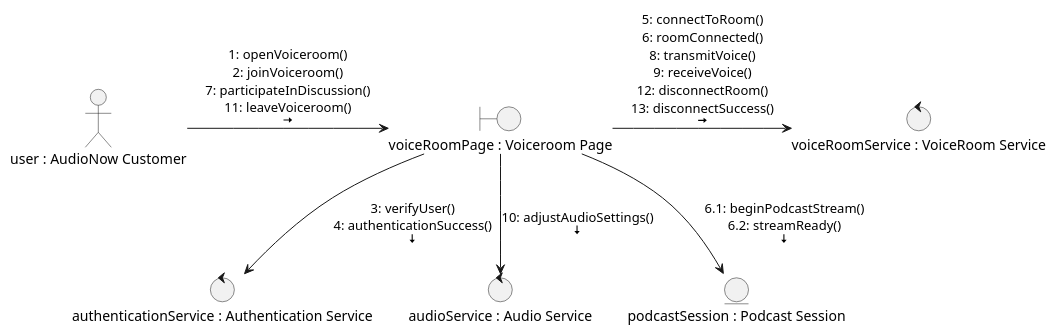
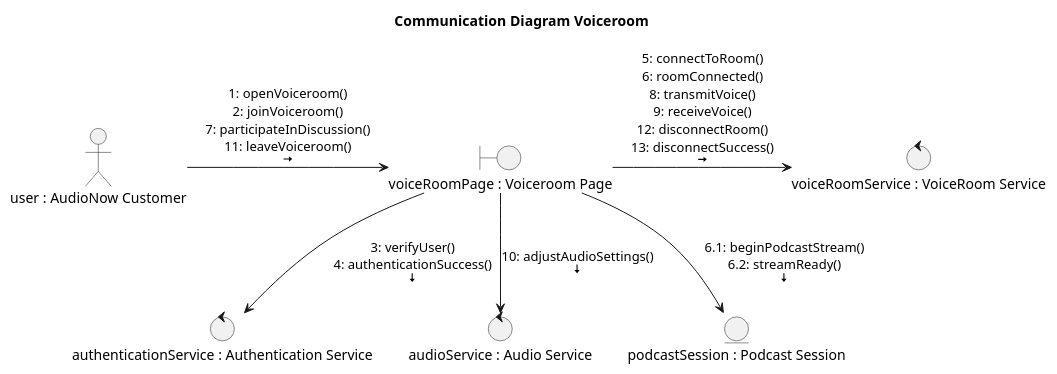
The diagram in VoiceRoom/collaboration.puml (Dorfultariant/semm-diagrams), drawn with PlantUML before and after one commit. The commit also changed 17 other files, not shown here.

Commit message:
Updated the purchase and voiceroom use-case diagrams with titles.

```diff
--- a/VoiceRoom/collaboration.puml
+++ b/VoiceRoom/collaboration.puml
@@ -1,25 +1,27 @@
-@startuml CollaborationVoiceRoom
+@startuml CommunicationVoiceRoom
+
+title Communication Diagram Voiceroom
 
 '' Last example at the bottom of the forum, src: https://forum.plantuml.net/7500/how-can-i-create-collaboration-diagram
 
 '' each of the: entity, boundary, control are the objects
 '' The lines between the objects represent numbered messages
 '' The <&arrrow-....> are just symbols to indicate directional linking
 
 actor User as "user : AudioNow Customer"
 boundary VoiceRoomPage as "voiceRoomPage : Voiceroom Page"
 control AuthenticationService as "authenticationService : Authentication Service"
 control VoiceRoomService as "voiceRoomService : VoiceRoom Service"
 control AudioService as "audioService : Audio Service"
 entity PodcastSession as "podcastSession : Podcast Session"
 
 '' Trust the process, and dont look at it or it will crumble
 User -> (VoiceRoomPage) : "1: openVoiceroom()\n2: joinVoiceroom()\n7: participateInDiscussion()\n11: leaveVoiceroom()\n<&arrow-right>"
 (VoiceRoomPage) -down-> (AuthenticationService) : "3: verifyUser()\n4: authenticationSuccess()\n<&arrow-bottom>"
 (VoiceRoomPage) -right-> (VoiceRoomService) : "5: connectToRoom()\n6: roomConnected()\n8: transmitVoice()\n9: receiveVoice()\n12: disconnectRoom()\n13: disconnectSuccess()\n<&arrow-right>"
 (VoiceRoomPage) --> (PodcastSession) : "6.1: beginPodcastStream()\n6.2: streamReady()\n<&arrow-bottom>"
 (VoiceRoomPage) -down-> (AudioService) : "10: adjustAudioSettings()\n<&arrow-bottom>"
 
 '' "Almost" readable
 
 @enduml
```
